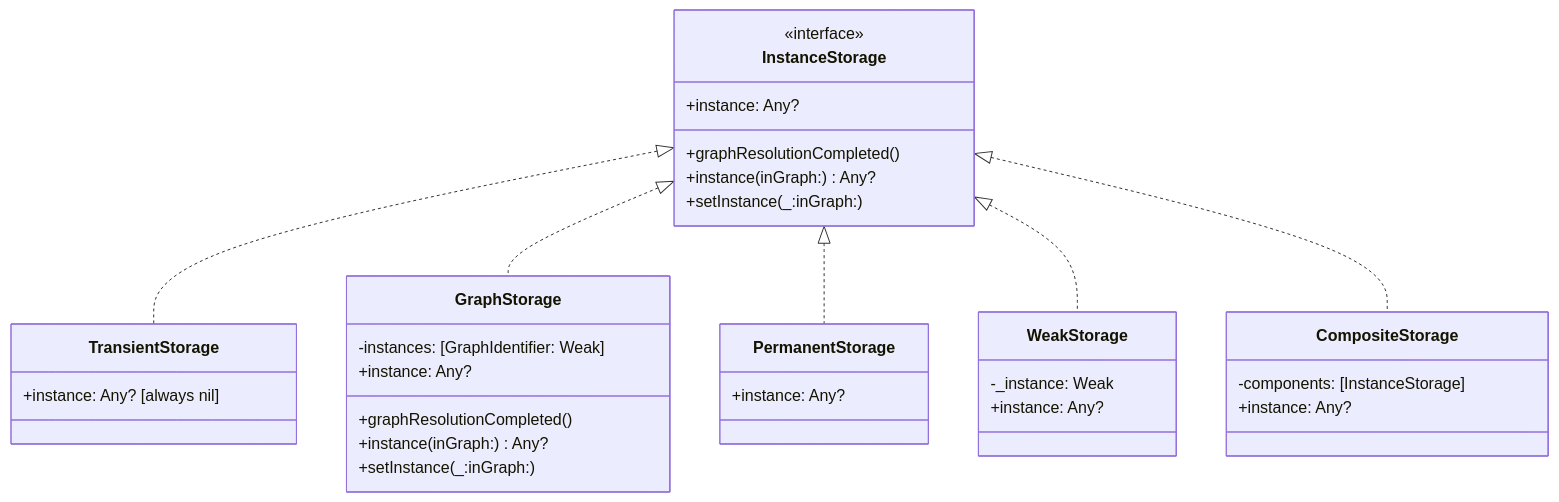
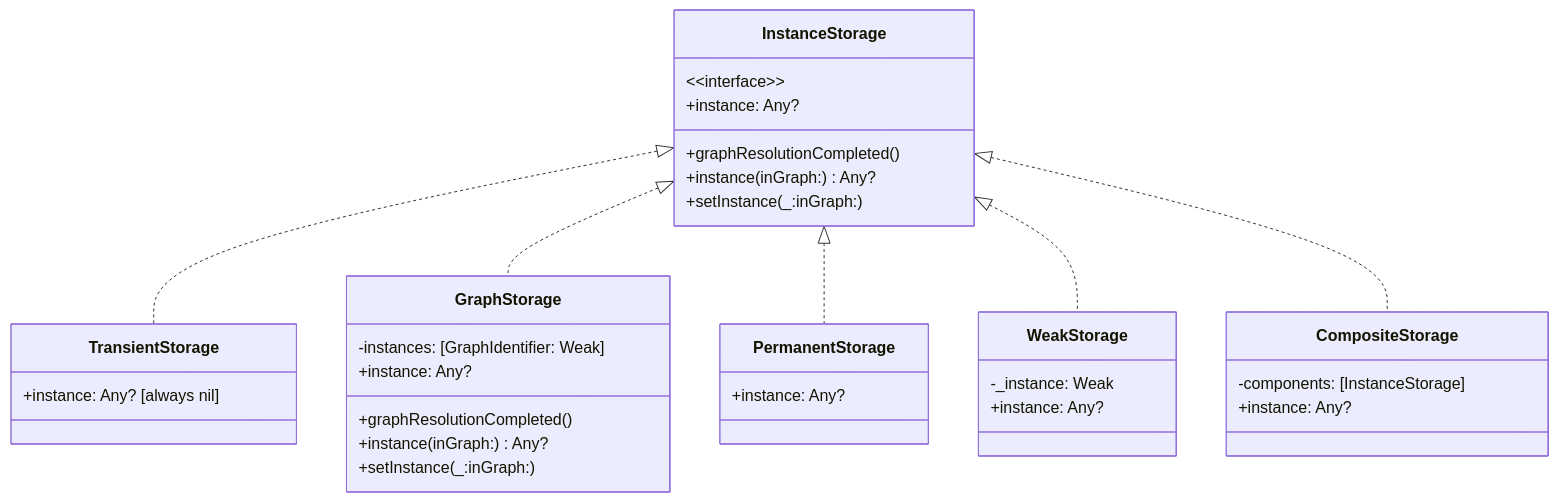
The fifth of 6 diagrams in content/posts/interview/ios-source-analysis/Swinject源码导读/index.md (AmatsuZero/LastStand), drawn with Mermaid before and after one commit. The commit also changed 1 other file, not shown here.

Commit message:
fix: 修复 RxSwift/Swinject 源码导读文章里的 mermaid classDiagram 渡染失败
全站扫描发现另外两篇文章遗漏了 <<interface>> 转义，同上一次提交（7c7a971）
一样的根因：浏览器 HTML 解析器把裸 <<interface>> 当标签剥离，导致
mermaid.js 拿到残缺文本报 "Syntax error in text"。已转义为
&lt;&lt;interface&gt;&gt; 并用 playwright-cli 实测确认渡染正常。

🤖 Generated with [CodeBuddy Code]

````diff
--- a/content/posts/interview/ios-source-analysis/Swinject源码导读/index.md
+++ b/content/posts/interview/ios-source-analysis/Swinject源码导读/index.md
@@ -547,42 +547,42 @@
 ```mermaid
 classDiagram
     class InstanceStorage {
-        <<interface>>
+        &lt;&lt;interface&gt;&gt;
         +instance: Any?
         +graphResolutionCompleted()
         +instance(inGraph:) Any?
         +setInstance(_:inGraph:)
     }
 
     class TransientStorage {
         +instance: Any? [always nil]
     }
 
     class GraphStorage {
         -instances: [GraphIdentifier: Weak]
         +instance: Any?
         +graphResolutionCompleted()
         +instance(inGraph:) Any?
         +setInstance(_:inGraph:)
     }
 
     class PermanentStorage {
         +instance: Any?
     }
 
     class WeakStorage {
         -_instance: Weak
         +instance: Any?
     }
 
     class CompositeStorage {
         -components: [InstanceStorage]
         +instance: Any?
     }
 
     InstanceStorage <|.. TransientStorage
     InstanceStorage <|.. GraphStorage
     InstanceStorage <|.. PermanentStorage
     InstanceStorage <|.. WeakStorage
     InstanceStorage <|.. CompositeStorage
 ```
````
